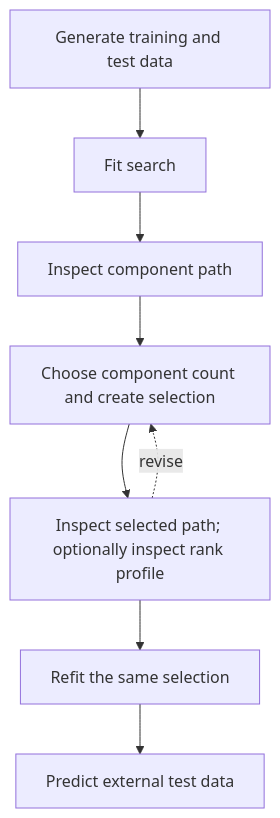
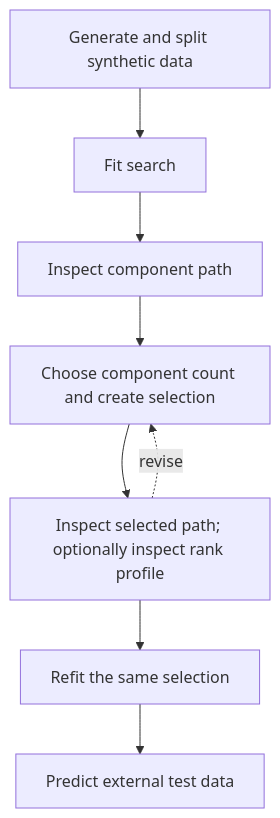
The diagram in docs/tutorials/synthetic.md (stefanlindstroem/pipls_private), drawn with Mermaid before and after one commit. The commit also changed other lines of this file and 4 other files, not shown here.

Commit message:
Split synthetic tutorial data explicitly

````diff
--- a/docs/tutorials/synthetic.md
+++ b/docs/tutorials/synthetic.md
@@ -20,13 +20,13 @@
 ```mermaid
 flowchart TD
-    data["Generate training and test data"]
+    data["Generate and split synthetic data"]
     search["Fit search"]
     path["Inspect component path"]
     select["Choose component count and create selection"]
     review["Inspect selected path; optionally inspect rank profile"]
     refit["Refit the same selection"]
     predict["Predict external test data"]
 
     data --> search --> path --> select --> review --> refit --> predict
     review -. "revise" .-> select
 ```
````
